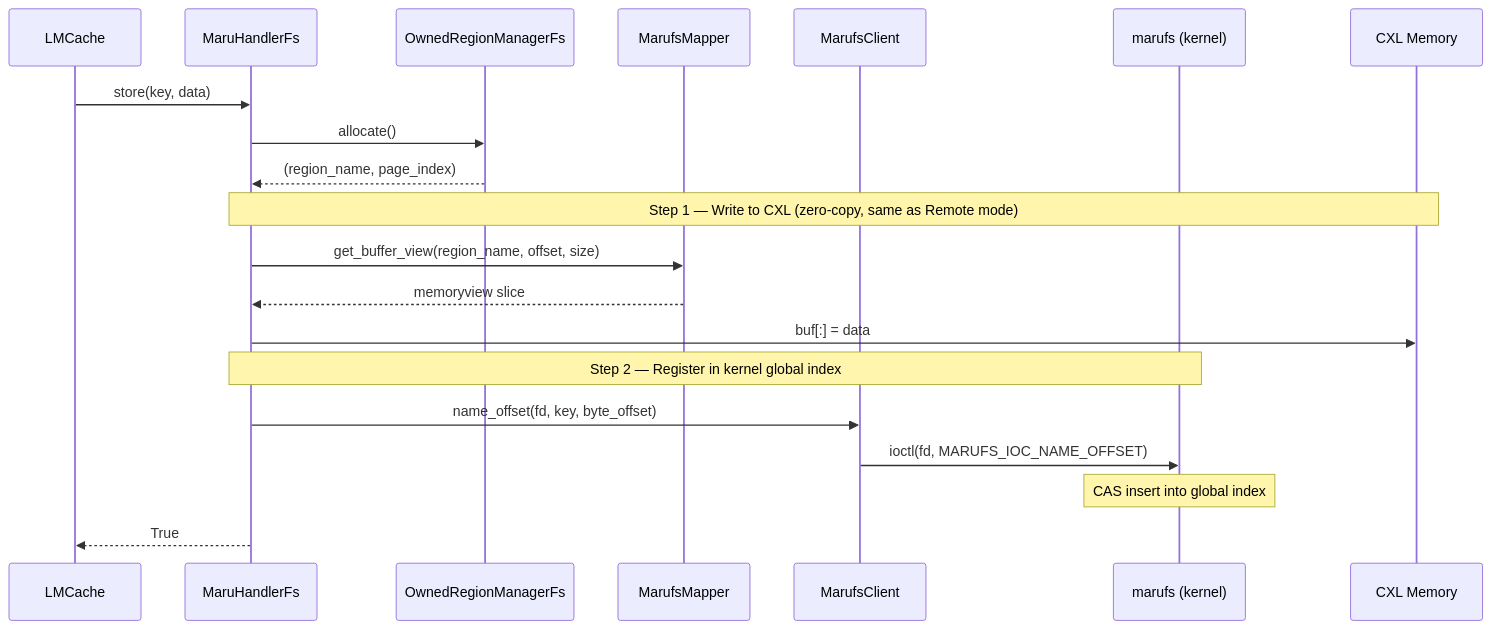
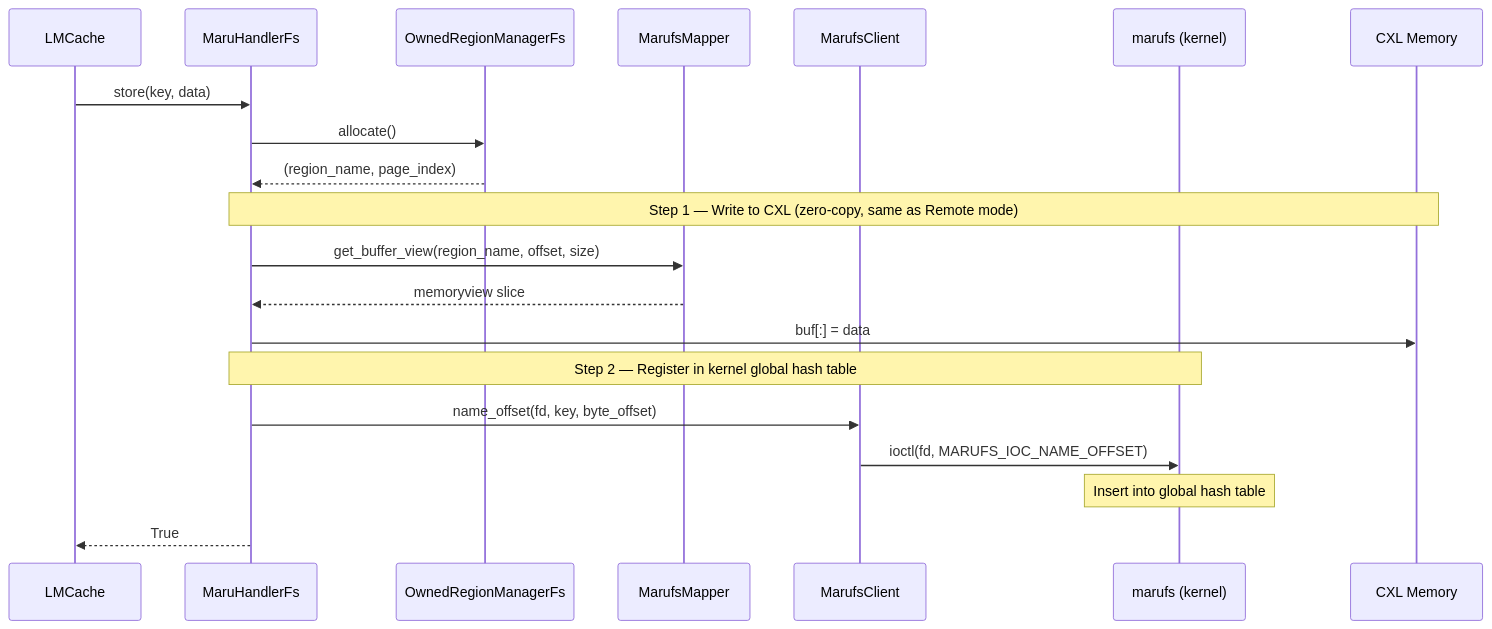
The first of 4 diagrams in docs/source/design_doc/maru_fs.md (xcena-dev/maru), drawn with Mermaid before and after one commit. The commit also changed other lines of this file and 1 other file, not shown here.

````diff
--- a/docs/source/design_doc/maru_fs.md
+++ b/docs/source/design_doc/maru_fs.md
@@ -174,26 +145,26 @@
 ```mermaid
 sequenceDiagram
     participant C as LMCache
     participant H as MaruHandlerFs
     participant ORM as OwnedRegionManagerFs
     participant XM as MarufsMapper
     participant XC as MarufsClient
     participant K as marufs (kernel)
     participant CXL as CXL Memory
 
     C->>H: store(key, data)
     H->>ORM: allocate()
     ORM-->>H: (region_name, page_index)
 
     Note over H,CXL: Step 1 — Write to CXL (zero-copy, same as Remote mode)
     H->>XM: get_buffer_view(region_name, offset, size)
     XM-->>H: memoryview slice
     H->>CXL: buf[:] = data
 
-    Note over H,K: Step 2 — Register in kernel global index
+    Note over H,K: Step 2 — Register in kernel global hash table
     H->>XC: name_offset(fd, key, byte_offset)
     XC->>K: ioctl(fd, MARUFS_IOC_NAME_OFFSET)
-    Note over K: CAS insert into global index
+    Note over K: Insert into global hash table
 
     H-->>C: True
 ```
````
